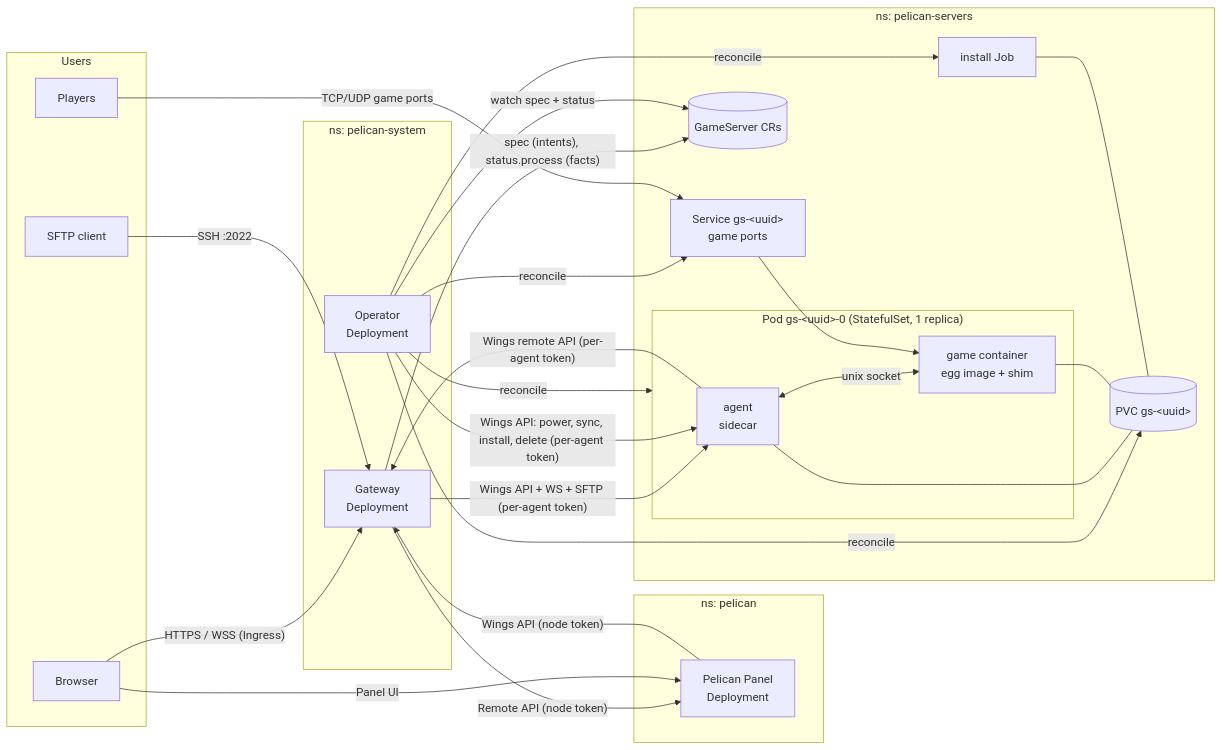
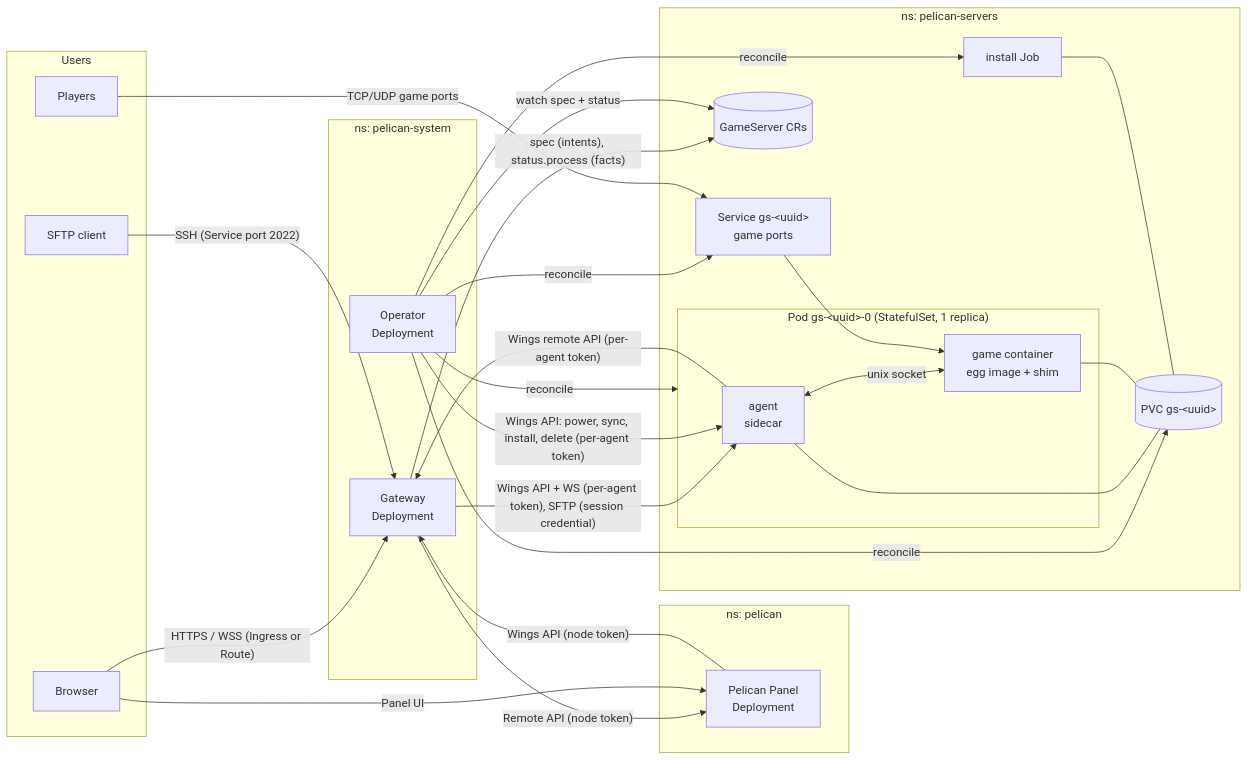
The first of 5 diagrams in ARCHITECTURE.md (Claiyc/pelican-k8s), drawn with Mermaid before and after one commit. The commit also changed other lines of this file and 57 other files, not shown here.

````diff
--- a/ARCHITECTURE.md
+++ b/ARCHITECTURE.md
@@ -104,47 +74,47 @@
 ```mermaid
 flowchart LR
   subgraph Users
     B[Browser]
     S[SFTP client]
     P[Players]
   end
 
   subgraph ns-panel["ns: pelican"]
     PANEL[Pelican Panel<br/>Deployment]
   end
 
   subgraph ns-system["ns: pelican-system"]
     GW[Gateway<br/>Deployment]
     OP[Operator<br/>Deployment]
   end
 
   subgraph ns-servers["ns: pelican-servers"]
     CR[(GameServer CRs)]
     subgraph POD["Pod gs-&lt;uuid&gt;-0 (StatefulSet, 1 replica)"]
       AG[agent<br/>sidecar]
       GM[game container<br/>egg image + shim]
     end
     PVC[(PVC gs-&lt;uuid&gt;)]
     SVC[Service gs-&lt;uuid&gt;<br/>game ports]
     JOB[install Job]
   end
 
-  B -- "HTTPS / WSS (Ingress)" --> GW
-  S -- "SSH :2022" --> GW
+  B -- "HTTPS / WSS (Ingress or Route)" --> GW
+  S -- "SSH (Service port 2022)" --> GW
   PANEL -- "Wings API (node token)" --> GW
   GW -- "Remote API (node token)" --> PANEL
   B -- "Panel UI" --> PANEL
 
-  GW -- "Wings API + WS + SFTP (per-agent token)" --> AG
+  GW -- "Wings API + WS (per-agent token), SFTP (session credential)" --> AG
   AG -- "Wings remote API (per-agent token)" --> GW
   OP -- "Wings API: power, sync, install, delete (per-agent token)" --> AG
   GW -- "spec (intents), status.process (facts)" --> CR
   OP -- "watch spec + status" --> CR
   OP -- "reconcile" --> POD & PVC & SVC & JOB
 
   AG <-- "unix socket" --> GM
   AG --- PVC
   GM --- PVC
   JOB --- PVC
   P -- "TCP/UDP game ports" --> SVC --> GM
 ```
````
